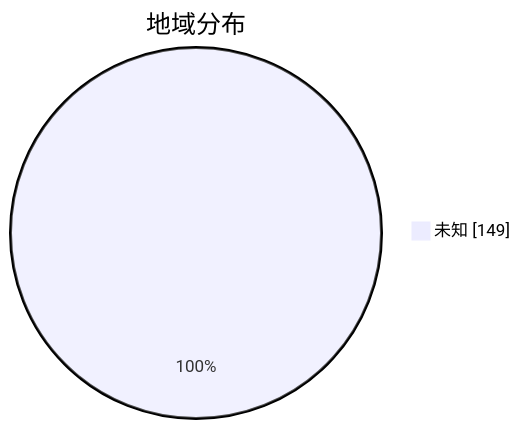
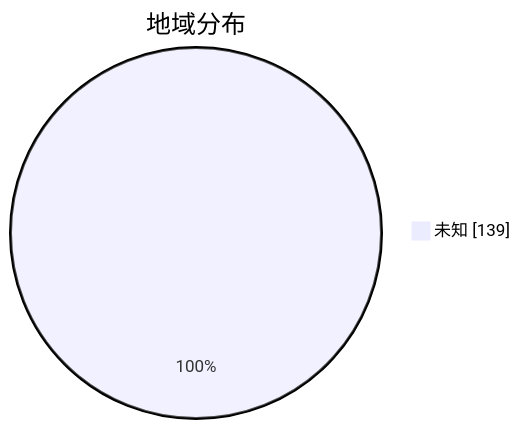
The second of 3 diagrams in subs/statistics/tested_within.md (qjlxg/airport), drawn with Mermaid before and after one commit. The commit also changed other lines of this file and 2 other files, not shown here.

````diff
--- a/subs/statistics/tested_within.md
+++ b/subs/statistics/tested_within.md
@@ -11,5 +11,5 @@
 ```mermaid
 pie showData
 title 地域分布
-"未知" : 149
+"未知" : 139
 ```
````
